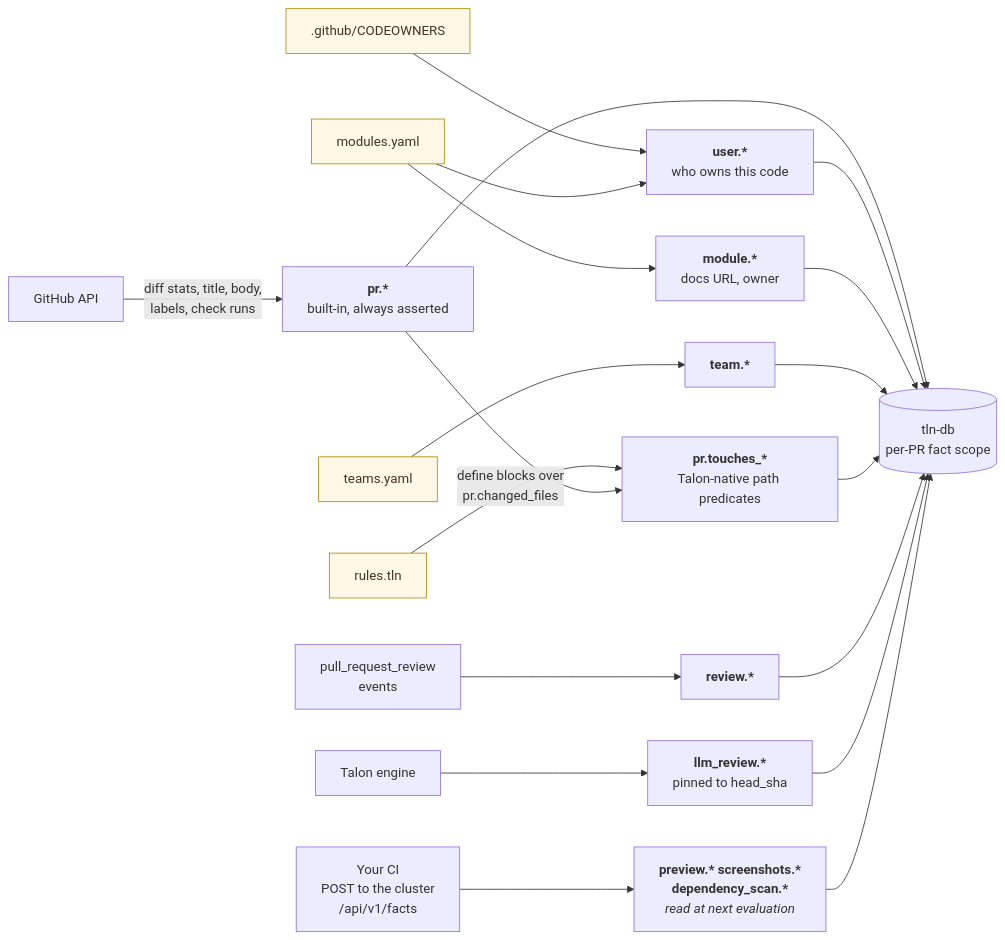
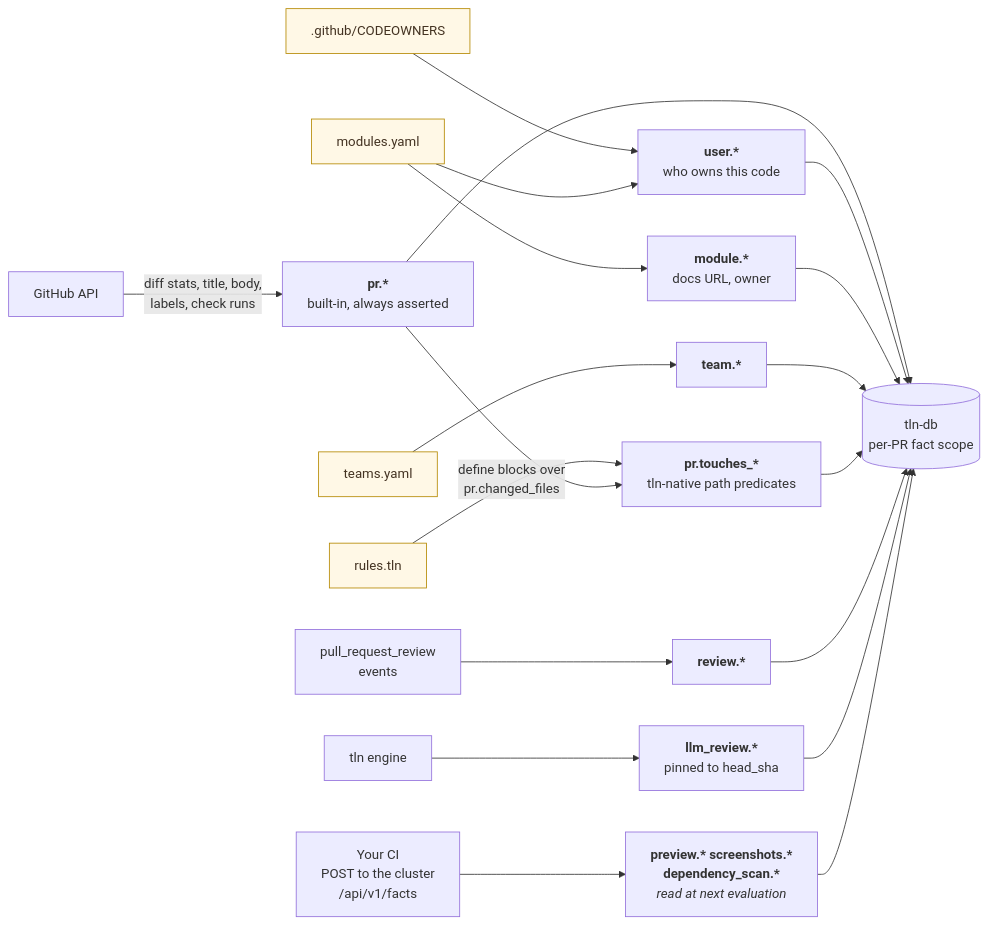
One commit to opentalon/talooner changed the tenth of 10 diagrams in docs/diagrams.md. Above: the diagram before and after it, drawn with Mermaid. The commit also changed other lines of this file and 3 other files, not shown here.

Commit message:
Rename Talon language references to tln, realign architecture.md ASCII diagram

````diff
--- a/docs/diagrams.md
+++ b/docs/diagrams.md
@@ -473,25 +473,25 @@
 ```mermaid
 flowchart LR
     GHAPI["GitHub API"] -->|"diff stats, title, body,<br/>labels, check runs"| PRF["<b>pr.*</b><br/>built-in, always asserted"]
     CO[".github/CODEOWNERS"] --> USR["<b>user.*</b><br/>who owns this code"]
     MOD["modules.yaml"] --> USR
     MOD --> MODF["<b>module.*</b><br/>docs URL, owner"]
     TEAMS["teams.yaml"] --> TF["<b>team.*</b>"]
-    RULES["rules.tln"] -->|"define blocks over<br/>pr.changed_files"| TOUCH["<b>pr.touches_*</b><br/>Talon-native path predicates"]
+    RULES["rules.tln"] -->|"define blocks over<br/>pr.changed_files"| TOUCH["<b>pr.touches_*</b><br/>tln-native path predicates"]
     PRF --> TOUCH
     REV["pull_request_review<br/>events"] --> REVF["<b>review.*</b>"]
-    ENGINE["Talon engine"] --> LLMF["<b>llm_review.*</b><br/>pinned to head_sha"]
+    ENGINE["tln engine"] --> LLMF["<b>llm_review.*</b><br/>pinned to head_sha"]
     YOURCI["Your CI<br/>POST to the cluster<br/>/api/v1/facts"] --> CUSTOM["<b>preview.* screenshots.*<br/>dependency_scan.*</b><br/><i>read at next evaluation</i>"]
 
     PRF --> STORE[("tln-db<br/>per-PR fact scope")]
     USR --> STORE
     MODF --> STORE
     TF --> STORE
     TOUCH --> STORE
     REVF --> STORE
     LLMF --> STORE
     CUSTOM --> STORE
 
     classDef repo fill:#fff8e6,stroke:#b58900,color:#432
     class CO,MOD,TEAMS,RULES repo
 ```
````
